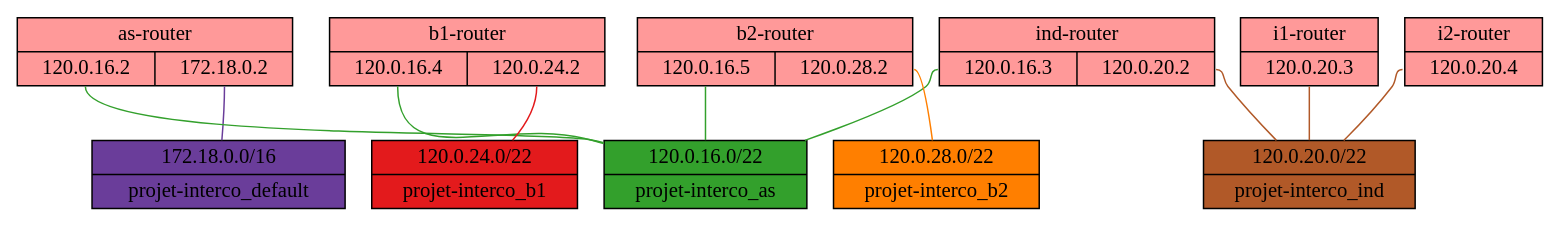
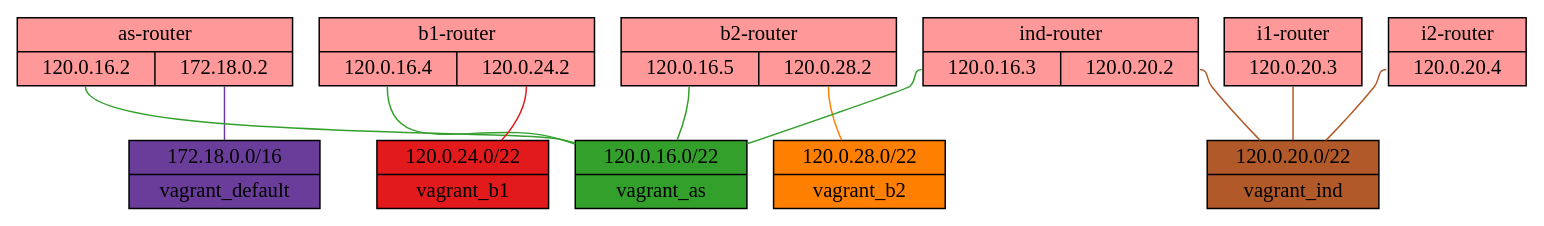
One commit to NextFire-N7/projet-interco changed the diagram in network.dot. Above: the diagram before and after it, drawn with Graphviz. The commit also changed 3 other files, not shown here.

```diff
--- a/network.dot
+++ b/network.dot
@@ -1,26 +1,27 @@
 # https://github.com/LeoVerto/docker-network-graph
 # https://dreampuf.github.io/GraphvizOnline/
+// Docker Network Graph
 graph {
-	graph [splines=true]
-	"network_projet-interco_default" [label="{<gw_iface> 172.18.0.0/16 | projet-interco_default}" fillcolor="#6a3d9a" shape=record style=filled]
-	"network_projet-interco_as" [label="{<gw_iface> 120.0.16.0/22 | projet-interco_as}" fillcolor="#33a02c" shape=record style=filled]
-	"network_projet-interco_ind" [label="{<gw_iface> 120.0.20.0/22 | projet-interco_ind}" fillcolor="#b15928" shape=record style=filled]
-	"network_projet-interco_b1" [label="{<gw_iface> 120.0.24.0/22 | projet-interco_b1}" fillcolor="#e31a1c" shape=record style=filled]
-	"network_projet-interco_b2" [label="{<gw_iface> 120.0.28.0/22 | projet-interco_b2}" fillcolor="#ff7f00" shape=record style=filled]
-	container_0bc9ba1a40584de64b0a8c11259ec0fa5eba2c5fe5d65fd2732493faf3f1333b [label="{ as-router | { {<f2d827a7ad21a7c9a19ea0bf8f0da0b164b4c1e9fbfd7d9fcf3af17775879044> 120.0.16.2 } | {<9f110762aa08f95fc1f023b010951b360daadb7da861f958f933623248ea12fa> 172.18.0.2 } } }" fillcolor="#ff9999" shape=record style=filled]
-	container_30c1bcca204c3d06813042dd302814c784b4a1fbbba1f63b322f575f3d8a3ddc [label="{ ind-router | { {<63ab3836e6217c2b0a10edf7cbcbd5097aa53a71210090ee719f4d4240add3b5> 120.0.16.3 } | {<72faedd51d9f62a4e238e63b05b2dd77ee812d954f3266b0bb5bf790159787fd> 120.0.20.2 } } }" fillcolor="#ff9999" shape=record style=filled]
-	container_2a25cb8190ddafb903180a0cc49fc3ab775a59c895a7eb45d8fa8371458dcc12 [label="{ i1-router | { {<404087a2f7e7e4433dcd11dd34d6849659d6c142159692045069a6ba10e768e2> 120.0.20.3 } } }" fillcolor="#ff9999" shape=record style=filled]
-	container_a49cca8e3cb9fb1e1f947eb5814e719b89eacaa308c17a74692b661bffb236cf [label="{ i2-router | { {<01e4623bde6e3d61f56fcf18db1c91848857fa50ea106c7a1a80f86a737dba6f> 120.0.20.4 } } }" fillcolor="#ff9999" shape=record style=filled]
-	container_8bdeff7bd890d70ef9976dfd49e49d14cd3aab65509075b8989c4cf9897c5cfe [label="{ b1-router | { {<ba8c30730a4885275e2d42c1ca9f0dffdc5fb07a1491b3be0013861bb955bd30> 120.0.16.4 } | {<6cf9bc185fca32cb6abd213e49855de852928405c1135c44d7fd63e00cdb5299> 120.0.24.2 } } }" fillcolor="#ff9999" shape=record style=filled]
-	container_0c65e3bbc2cb5cab9f916dd9b702ef08c82537aff5a20784a2f9e75197caa60e [label="{ b2-router | { {<89c8db29f882e718ef688b85adcdbc95085f0e445af30dc45df1127bb03cf744> 120.0.16.5 } | {<18e35bfea1db6808b122d0e926a64ec2708a8e8b816e520721717dd5fe63758f> 120.0.28.2 } } }" fillcolor="#ff9999" shape=record style=filled]
-	container_0bc9ba1a40584de64b0a8c11259ec0fa5eba2c5fe5d65fd2732493faf3f1333b:"9f110762aa08f95fc1f023b010951b360daadb7da861f958f933623248ea12fa" -- "network_projet-interco_default" [color="#6a3d9a"]
-	container_0c65e3bbc2cb5cab9f916dd9b702ef08c82537aff5a20784a2f9e75197caa60e:"89c8db29f882e718ef688b85adcdbc95085f0e445af30dc45df1127bb03cf744" -- "network_projet-interco_as" [color="#33a02c"]
-	container_30c1bcca204c3d06813042dd302814c784b4a1fbbba1f63b322f575f3d8a3ddc:"63ab3836e6217c2b0a10edf7cbcbd5097aa53a71210090ee719f4d4240add3b5" -- "network_projet-interco_as" [color="#33a02c"]
-	container_0bc9ba1a40584de64b0a8c11259ec0fa5eba2c5fe5d65fd2732493faf3f1333b:f2d827a7ad21a7c9a19ea0bf8f0da0b164b4c1e9fbfd7d9fcf3af17775879044 -- "network_projet-interco_as" [color="#33a02c"]
-	container_8bdeff7bd890d70ef9976dfd49e49d14cd3aab65509075b8989c4cf9897c5cfe:ba8c30730a4885275e2d42c1ca9f0dffdc5fb07a1491b3be0013861bb955bd30 -- "network_projet-interco_as" [color="#33a02c"]
-	container_a49cca8e3cb9fb1e1f947eb5814e719b89eacaa308c17a74692b661bffb236cf:"01e4623bde6e3d61f56fcf18db1c91848857fa50ea106c7a1a80f86a737dba6f" -- "network_projet-interco_ind" [color="#b15928"]
-	container_30c1bcca204c3d06813042dd302814c784b4a1fbbba1f63b322f575f3d8a3ddc:"72faedd51d9f62a4e238e63b05b2dd77ee812d954f3266b0bb5bf790159787fd" -- "network_projet-interco_ind" [color="#b15928"]
-	container_2a25cb8190ddafb903180a0cc49fc3ab775a59c895a7eb45d8fa8371458dcc12:"404087a2f7e7e4433dcd11dd34d6849659d6c142159692045069a6ba10e768e2" -- "network_projet-interco_ind" [color="#b15928"]
-	container_8bdeff7bd890d70ef9976dfd49e49d14cd3aab65509075b8989c4cf9897c5cfe:"6cf9bc185fca32cb6abd213e49855de852928405c1135c44d7fd63e00cdb5299" -- "network_projet-interco_b1" [color="#e31a1c"]
-	container_0c65e3bbc2cb5cab9f916dd9b702ef08c82537aff5a20784a2f9e75197caa60e:"18e35bfea1db6808b122d0e926a64ec2708a8e8b816e520721717dd5fe63758f" -- "network_projet-interco_b2" [color="#ff7f00"]
+    graph [splines=true]
+    network_vagrant_default [label="{<gw_iface> 172.18.0.0/16 | vagrant_default}" fillcolor="#6a3d9a" shape=record style=filled]
+    network_vagrant_as [label="{<gw_iface> 120.0.16.0/22 | vagrant_as}" fillcolor="#33a02c" shape=record style=filled]
+    network_vagrant_b1 [label="{<gw_iface> 120.0.24.0/22 | vagrant_b1}" fillcolor="#e31a1c" shape=record style=filled]
+    network_vagrant_b2 [label="{<gw_iface> 120.0.28.0/22 | vagrant_b2}" fillcolor="#ff7f00" shape=record style=filled]
+    network_vagrant_ind [label="{<gw_iface> 120.0.20.0/22 | vagrant_ind}" fillcolor="#b15928" shape=record style=filled]
+    container_94639efef6af9bc81b43ac01e9411e8b4b97b6d1c377c703d4fd4b51c6c526e0 [label="{ as-router | { {<90d41626e48d83ead48fdd81927ce5f19c1b63fb81a35a62878c40a24300415b> 120.0.16.2 } | {<fe1ef3e69c0ba39441c9320369e1f7e9185e9d3199c4e52b6daeb23b2be38f64> 172.18.0.2 } } }" fillcolor="#ff9999" shape=record style=filled]
+    container_a895f2c36a053da53e21c8e72e69a24adc1541a5e5c9349e21762ded24c2bd8a [label="{ b1-router | { {<7f0add78951f739c4037ffef57164e2e13be1b938d7a4d199da67cfc453d9a52> 120.0.16.4 } | {<a541cf95ab9d1b4a625a4c38ad406b99d5818799133414390f2c5fa4b75dbd70> 120.0.24.2 } } }" fillcolor="#ff9999" shape=record style=filled]
+    container_03d92f9dab59406a7c3d5e4e8ac75b2011fbe380d52b2bf1ee6d51683196c5c6 [label="{ b2-router | { {<e40a593bb2a0cbec8e87cd23be0400ff9db0c52f9296a91f4cadf8f55f64a705> 120.0.16.5 } | {<da7a155d7b28e196e03121f9e9181f5e66de54068d9823d6af6d840aaa87c125> 120.0.28.2 } } }" fillcolor="#ff9999" shape=record style=filled]
+    container_4bb8f097b1184ce2111c54ac5271e0bfda8fdff2a31e23c261d30d473f637bc3 [label="{ ind-router | { {<b4d50510bf4151190b71e1dff248f81d269b765f91466fb8fdec8f84f1a10c1d> 120.0.16.3 } | {<1c1c72a1a566856cb031275db3620dd2c84822dc7387f6594631e578eb92cc49> 120.0.20.2 } } }" fillcolor="#ff9999" shape=record style=filled]
+    container_1d0d81aad155caa558934ecc67977a978f9a6567368cb986e62f05b99d05fb1d [label="{ i1-router | { {<319ce3cc1a2b068ad635a4c2903ffca27ddf1287f5d04b32178a15614a622bc8> 120.0.20.3 } } }" fillcolor="#ff9999" shape=record style=filled]
+    container_54d6c452e09a048652f6642e7d07ec7f4650ae1a6b5a6c3d5952b4cac4e3223f [label="{ i2-router | { {<a547f8a3370d10ea36518888509c1bd3ee5b924ec7d7478f05e9056ef34a648d> 120.0.20.4 } } }" fillcolor="#ff9999" shape=record style=filled]
+    container_94639efef6af9bc81b43ac01e9411e8b4b97b6d1c377c703d4fd4b51c6c526e0:fe1ef3e69c0ba39441c9320369e1f7e9185e9d3199c4e52b6daeb23b2be38f64 -- network_vagrant_default [color="#6a3d9a"]
+    container_a895f2c36a053da53e21c8e72e69a24adc1541a5e5c9349e21762ded24c2bd8a:"7f0add78951f739c4037ffef57164e2e13be1b938d7a4d199da67cfc453d9a52" -- network_vagrant_as [color="#33a02c"]
+    container_94639efef6af9bc81b43ac01e9411e8b4b97b6d1c377c703d4fd4b51c6c526e0:"90d41626e48d83ead48fdd81927ce5f19c1b63fb81a35a62878c40a24300415b" -- network_vagrant_as [color="#33a02c"]
+    container_03d92f9dab59406a7c3d5e4e8ac75b2011fbe380d52b2bf1ee6d51683196c5c6:e40a593bb2a0cbec8e87cd23be0400ff9db0c52f9296a91f4cadf8f55f64a705 -- network_vagrant_as [color="#33a02c"]
+    container_4bb8f097b1184ce2111c54ac5271e0bfda8fdff2a31e23c261d30d473f637bc3:b4d50510bf4151190b71e1dff248f81d269b765f91466fb8fdec8f84f1a10c1d -- network_vagrant_as [color="#33a02c"]
+    container_a895f2c36a053da53e21c8e72e69a24adc1541a5e5c9349e21762ded24c2bd8a:a541cf95ab9d1b4a625a4c38ad406b99d5818799133414390f2c5fa4b75dbd70 -- network_vagrant_b1 [color="#e31a1c"]
+    container_03d92f9dab59406a7c3d5e4e8ac75b2011fbe380d52b2bf1ee6d51683196c5c6:da7a155d7b28e196e03121f9e9181f5e66de54068d9823d6af6d840aaa87c125 -- network_vagrant_b2 [color="#ff7f00"]
+    container_54d6c452e09a048652f6642e7d07ec7f4650ae1a6b5a6c3d5952b4cac4e3223f:a547f8a3370d10ea36518888509c1bd3ee5b924ec7d7478f05e9056ef34a648d -- network_vagrant_ind [color="#b15928"]
+    container_1d0d81aad155caa558934ecc67977a978f9a6567368cb986e62f05b99d05fb1d:"319ce3cc1a2b068ad635a4c2903ffca27ddf1287f5d04b32178a15614a622bc8" -- network_vagrant_ind [color="#b15928"]
+    container_4bb8f097b1184ce2111c54ac5271e0bfda8fdff2a31e23c261d30d473f637bc3:"1c1c72a1a566856cb031275db3620dd2c84822dc7387f6594631e578eb92cc49" -- network_vagrant_ind [color="#b15928"]
 }
```
